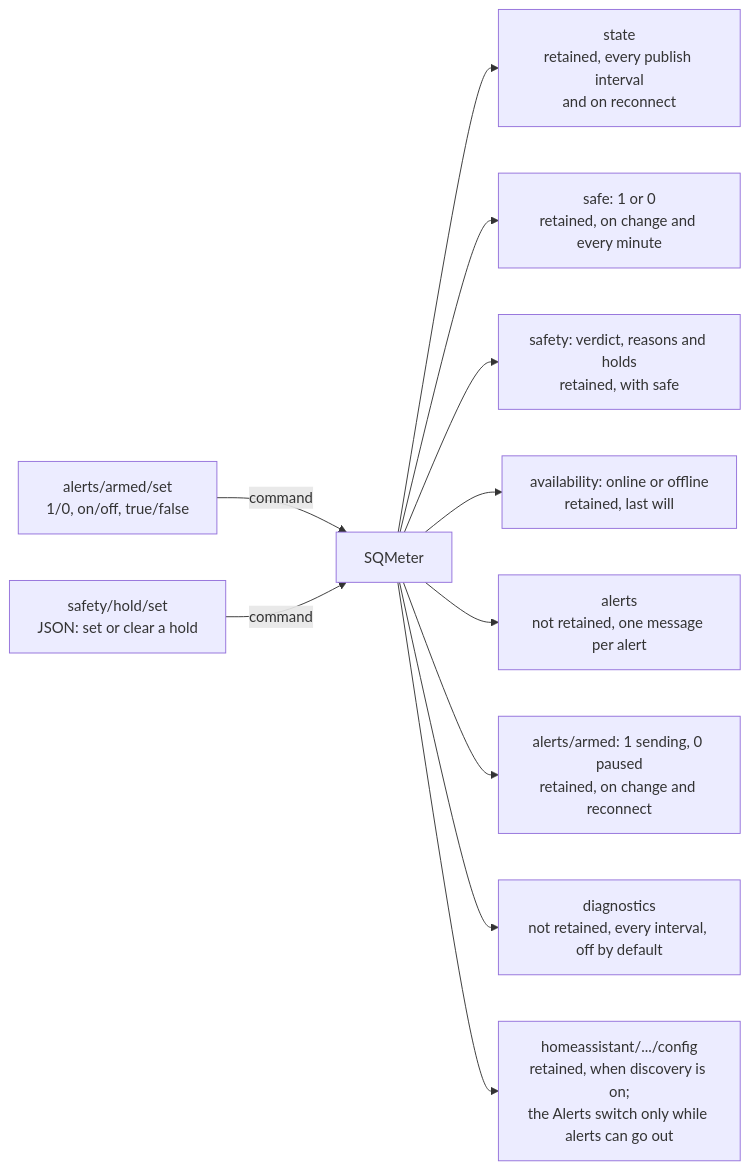
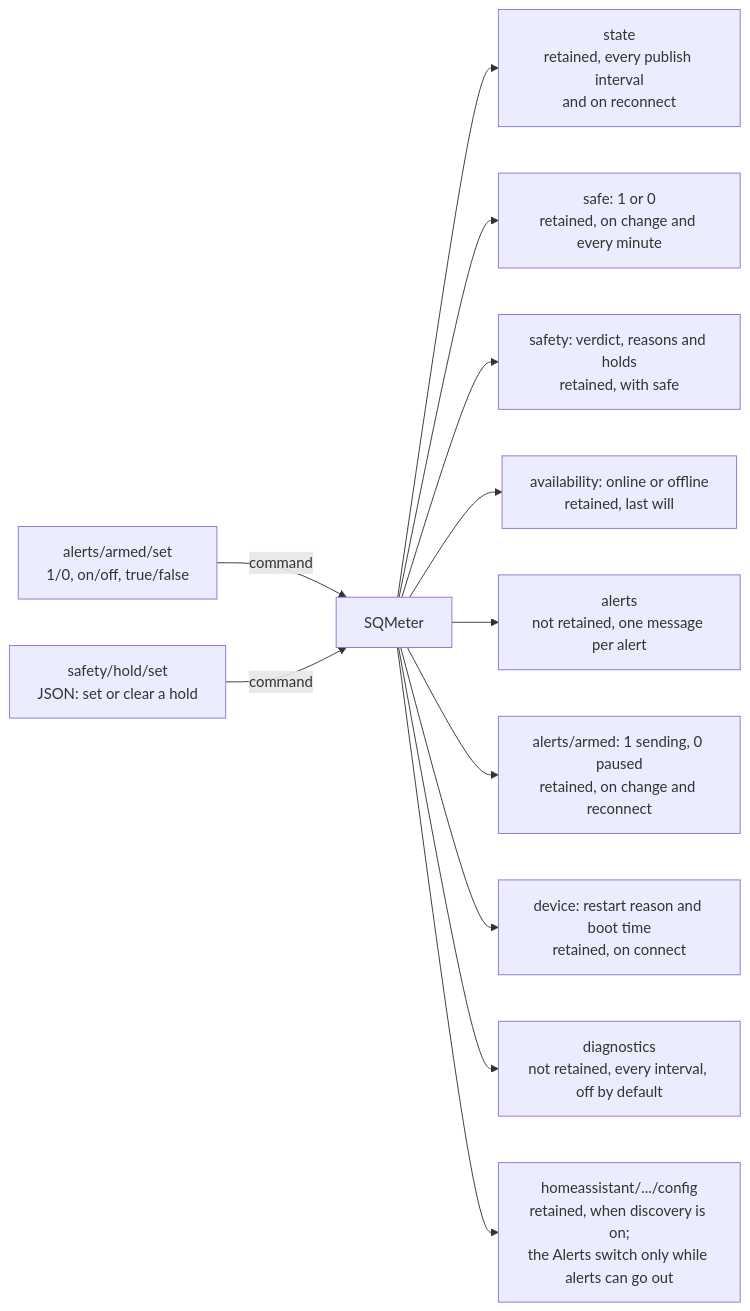
The diagram in docs/user-guide/mqtt.md (DeanJ87/SQMeter), drawn with Mermaid before and after one commit. The commit also changed other lines of this file and 12 other files, not shown here.

First line of the commit message:
Publish the restart reason and boot time over MQTT (spec 038) (#192)

````diff
--- a/docs/user-guide/mqtt.md
+++ b/docs/user-guide/mqtt.md
@@ -61,15 +62,16 @@
 ```mermaid
 flowchart LR
     accTitle: MQTT topic map
-    accDescr: SQMeter listens on alerts/armed/set and safety/hold/set and publishes state, safe, safety, availability, alerts, alerts/armed and diagnostics under its base topic, plus Home Assistant discovery under the discovery prefix.
+    accDescr: SQMeter listens on alerts/armed/set and safety/hold/set and publishes state, safe, safety, availability, alerts, alerts/armed, device and diagnostics under its base topic, plus Home Assistant discovery under the discovery prefix.
     SET["alerts/armed/set<br/>1/0, on/off, true/false"] -->|command| D["SQMeter"]
     HOLD["safety/hold/set<br/>JSON: set or clear a hold"] -->|command| D
     D --> STATE["state<br/>retained, every publish interval<br/>and on reconnect"]
     D --> SAFE["safe: 1 or 0<br/>retained, on change and every minute"]
     D --> SAFETY["safety: verdict, reasons and holds<br/>retained, with safe"]
     D --> AVAIL["availability: online or offline<br/>retained, last will"]
     D --> ALERTS["alerts<br/>not retained, one message per alert"]
     D --> ARMED["alerts/armed: 1 sending, 0 paused<br/>retained, on change and reconnect"]
+    D --> DEVICE["device: restart reason and boot time<br/>retained, on connect"]
     D --> DIAG["diagnostics<br/>not retained, every interval, off by default"]
     D --> DISC["homeassistant/.../config<br/>retained, when discovery is on;<br/>the Alerts switch only while alerts can go out"]
 ```
````
